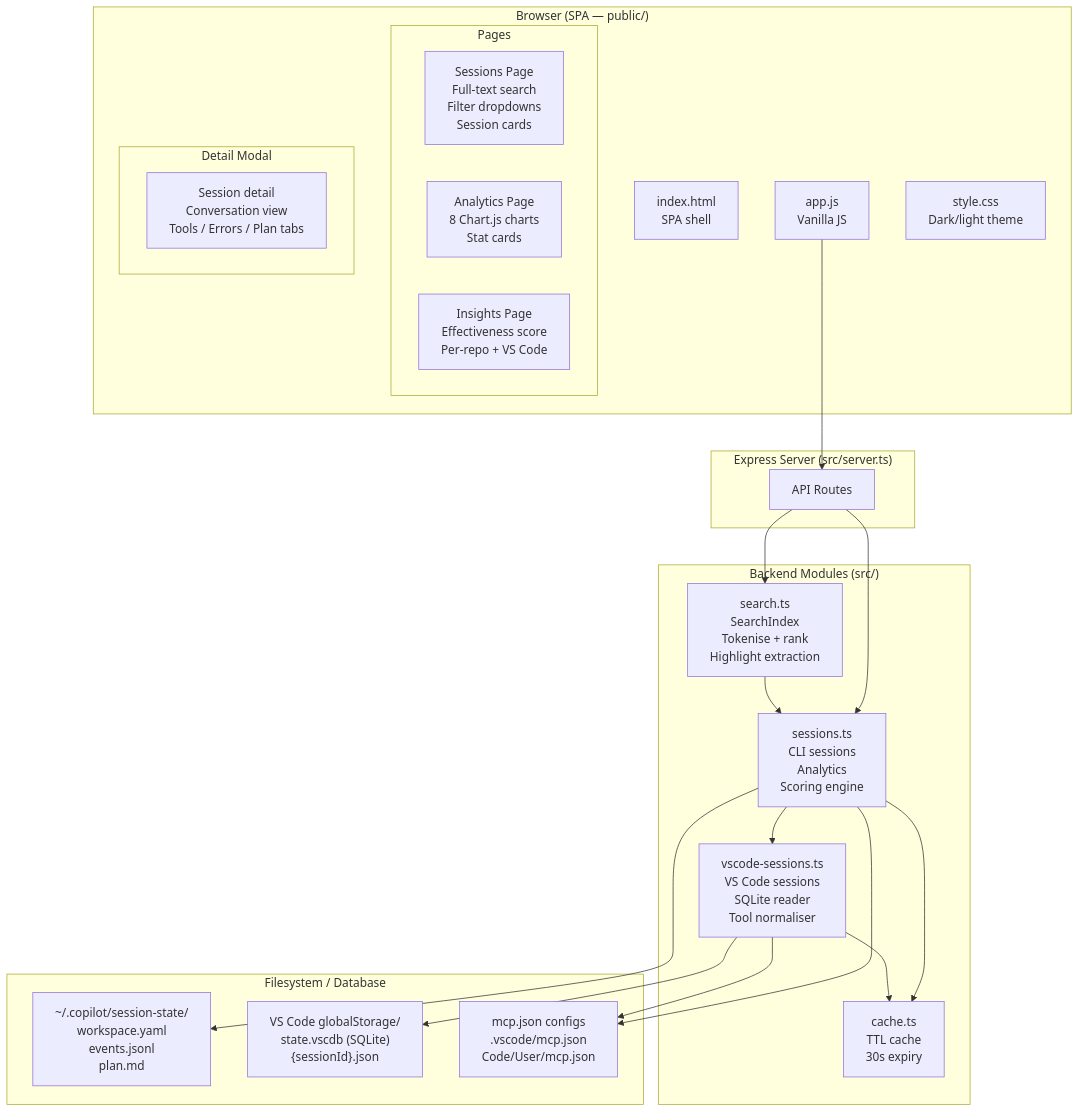
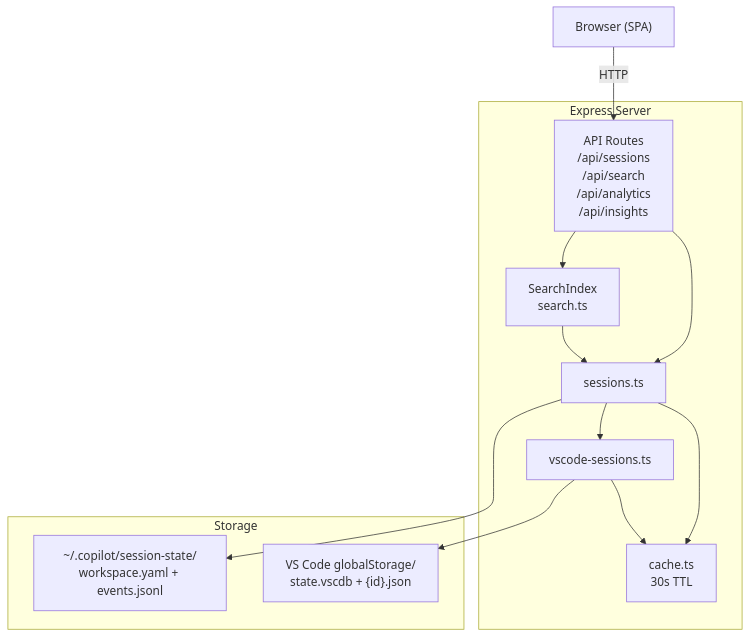
Before and after one commit to pavanvamsi3/copilot-lens: the first of 3 diagrams in architecture_mermaid.md, drawn with Mermaid. The commit also changed other lines of this file, not shown here.

Commit message:
docs: simplify architecture_mermaid.md to focus on search overview

````diff
--- a/architecture_mermaid.md
+++ b/architecture_mermaid.md
@@ -5,47 +5,27 @@
 ```mermaid
-graph TB
-    subgraph Browser["Browser (SPA — public/)"]
-        HTML["index.html\nSPA shell"]
-        JS["app.js\nVanilla JS"]
-        CSS["style.css\nDark/light theme"]
+graph TD
+    Browser["Browser (SPA)"]
 
-        subgraph Pages["Pages"]
-            SP["Sessions Page\nFull-text search\nFilter dropdowns\nSession cards"]
-            AP["Analytics Page\n8 Chart.js charts\nStat cards"]
-            IP["Insights Page\nEffectiveness score\nPer-repo + VS Code"]
-        end
-
-        subgraph Modal["Detail Modal"]
-            DM["Session detail\nConversation view\nTools / Errors / Plan tabs"]
-        end
+    subgraph Server["Express Server"]
+        Routes["API Routes\n/api/sessions\n/api/search\n/api/analytics\n/api/insights"]
+        Search["SearchIndex\nsearch.ts"]
+        Sessions["sessions.ts"]
+        VSCode["vscode-sessions.ts"]
+        Cache["cache.ts\n30s TTL"]
     end
 
-    subgraph Server["Express Server (src/server.ts)"]
-        API["API Routes"]
+    subgraph Storage
+        CLI["~/.copilot/session-state/\nworkspace.yaml + events.jsonl"]
+        VS["VS Code globalStorage/\nstate.vscdb + {id}.json"]
     end
 
-    subgraph Backend["Backend Modules (src/)"]
-        SES["sessions.ts\nCLI sessions\nAnalytics\nScoring engine"]
-        VSC["vscode-sessions.ts\nVS Code sessions\nSQLite reader\nTool normaliser"]
-        SCH["search.ts\nSearchIndex\nTokenise + rank\nHighlight extraction"]
-        CAC["cache.ts\nTTL cache\n30s expiry"]
-    end
-
-    subgraph Storage["Filesystem / Database"]
-        FS["~/.copilot/session-state/\nworkspace.yaml\nevents.jsonl\nplan.md"]
-        DB["VS Code globalStorage/\nstate.vscdb (SQLite)\n{sessionId}.json"]
-        MCP["mcp.json configs\n.vscode/mcp.json\nCode/User/mcp.json"]
-    end
-
-    JS --> API
-    API --> SES
-    API --> SCH
-    SES --> VSC
-    SES --> CAC
-    VSC --> CAC
-    SES --> FS
-    VSC --> DB
-    SES --> MCP
-    VSC --> MCP
-    SCH --> SES
+    Browser -->|HTTP| Routes
+    Routes --> Search
+    Routes --> Sessions
+    Sessions --> VSCode
+    Sessions --> Cache
+    VSCode --> Cache
+    Sessions --> CLI
+    VSCode --> VS
+    Search --> Sessions
 ```
````
